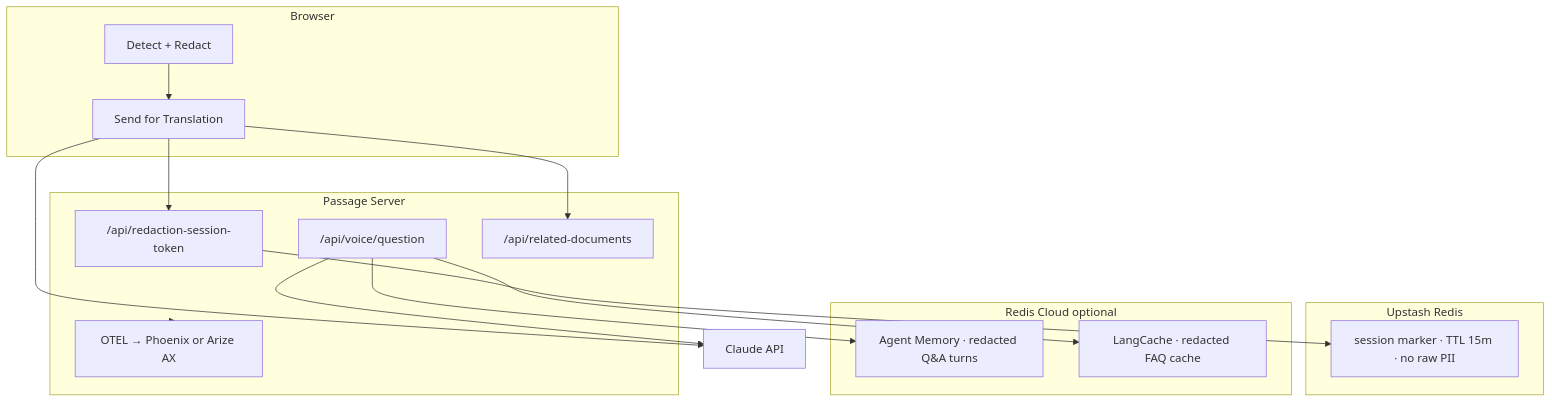
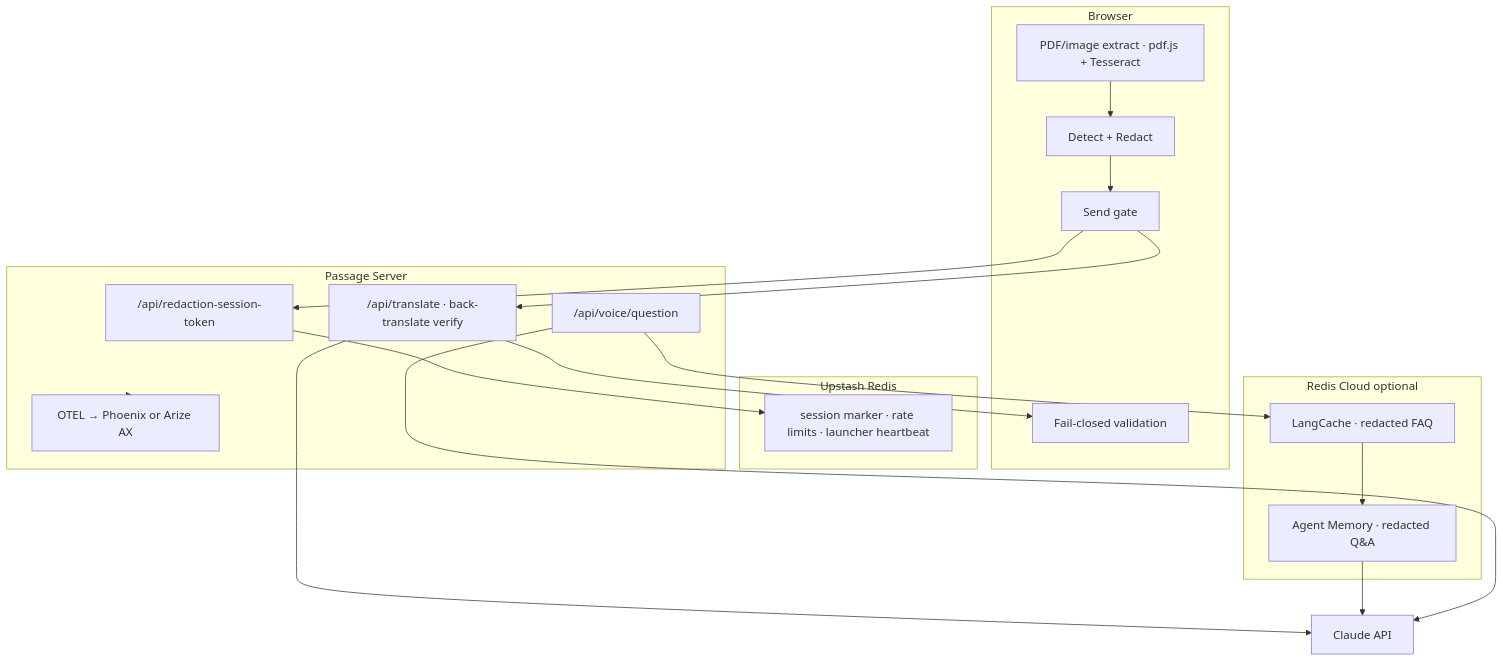
Before and after one commit to shanghanyan/Passage: the diagram in README.md, drawn with Mermaid. The commit also changed other lines of this file and 46 other files, not shown here.

````diff
--- a/README.md
+++ b/README.md
@@ -129,33 +130,33 @@
 ```mermaid
 flowchart TB
   subgraph browser [Browser]
+    Extract[PDF/image extract · pdf.js + Tesseract]
     Detect[Detect + Redact]
-    Send[Send for Translation]
+    Gate[Send gate]
+    Validate[Fail-closed validation]
   end
 
   subgraph upstash [Upstash Redis]
-    Session["session marker · TTL 15m · no raw PII"]
+    Session["session marker · rate limits · launcher heartbeat"]
   end
 
   subgraph redisCloud [Redis Cloud optional]
-    AM[Agent Memory · redacted Q&A turns]
-    LC[LangCache · redacted FAQ cache]
+    AM[Agent Memory · redacted Q&A]
+    LC[LangCache · redacted FAQ]
   end
 
   subgraph server [Passage Server]
     Mint["/api/redaction-session-token"]
+    Translate["/api/translate · back-translate verify"]
     VQ["/api/voice/question"]
-    RD["/api/related-documents"]
     OTEL["OTEL → Phoenix or Arize AX"]
   end
 
-  Detect --> Send
-  Send --> Mint
-  Mint --> Session
-  Send --> RD
-  VQ --> AM
-  VQ --> LC
-  VQ --> Claude[Claude API]
-  Send --> Claude
+  Extract --> Detect --> Gate
+  Gate --> Mint --> Session
+  Gate --> Translate --> Claude[Claude API]
+  Translate --> Validate
+  VQ --> LC --> AM --> Claude
+  VQ --> Claude
   server --> OTEL
 ```
````
